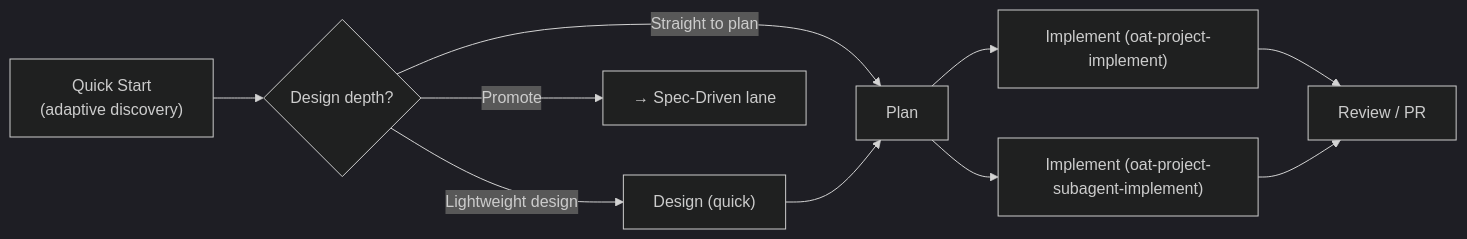
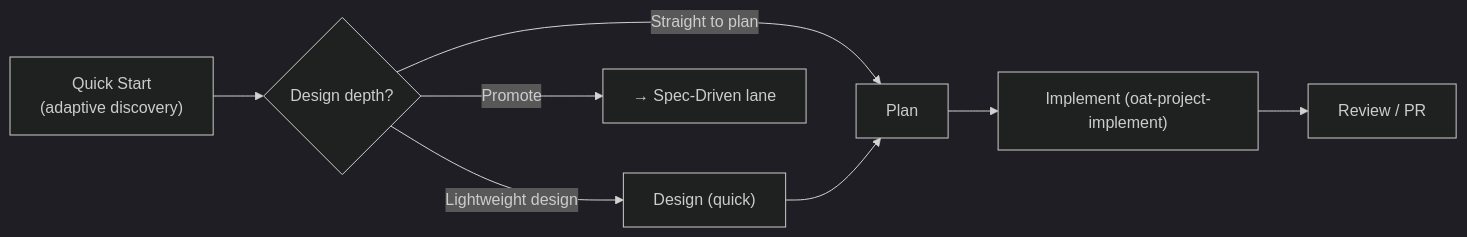
The third of 5 diagrams in apps/oat-docs/docs/workflows/projects/lifecycle.md (tkstang/open-agent-toolkit), drawn with Mermaid (dark theme) before and after one commit. The commit also changed other lines of this file and 90 other files, not shown here.

Commit message:
feat(oat): evolve oat-project-implement to phase-subagent model (#58)

````diff
--- a/apps/oat-docs/docs/workflows/projects/lifecycle.md
+++ b/apps/oat-docs/docs/workflows/projects/lifecycle.md
@@ -139,11 +136,9 @@
 ```mermaid
 flowchart LR
   Q["Quick Start\n(adaptive discovery)"] --> D{"Design depth?"}
   D -->|Straight to plan| P["Plan"]
   D -->|Lightweight design| LD["Design (quick)"] --> P
   D -->|Promote| SD["→ Spec-Driven lane"]
-  P --> QI1["Implement (oat-project-implement)"]
-  P --> QI2["Implement (oat-project-subagent-implement)"]
-  QI1 --> QR["Review / PR"]
-  QI2 --> QR
+  P --> QI["Implement (oat-project-implement)"]
+  QI --> QR["Review / PR"]
 ```
````
